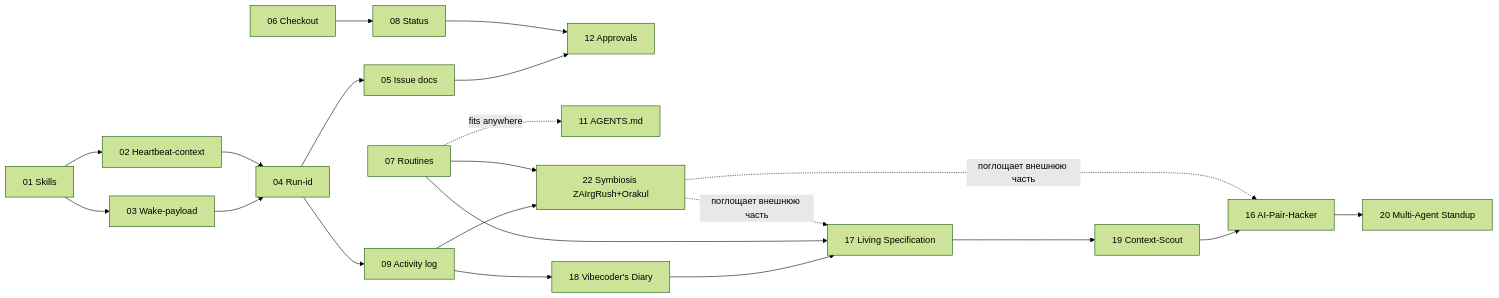
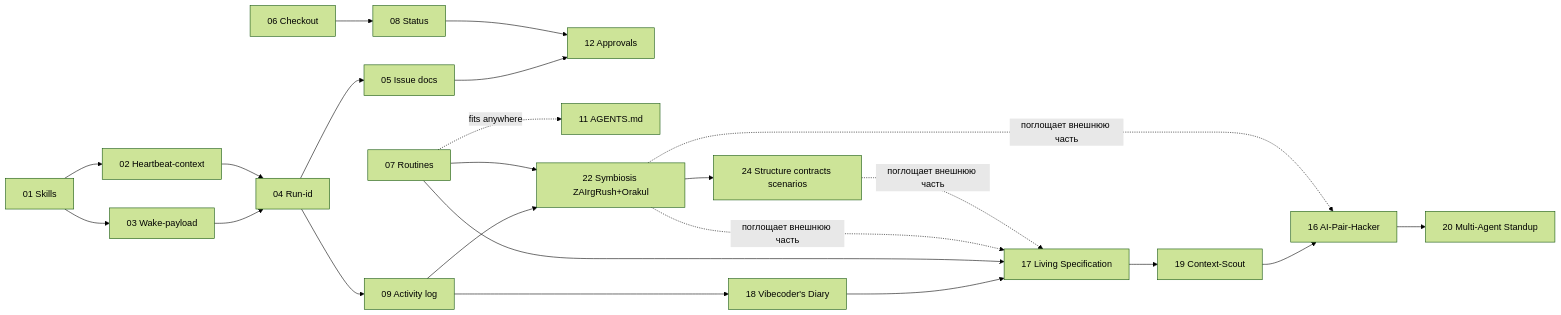
The diagram in proposals/README.md (Orange-hanter/cod-doc), drawn with Mermaid (forest theme) before and after one commit. The commit also changed other lines of this file and 2 other files, not shown here.

````diff
--- a/proposals/README.md
+++ b/proposals/README.md
@@ -98,27 +98,29 @@
 ```mermaid
 graph LR
     A[01 Skills] --> B[03 Wake-payload]
     A --> C[02 Heartbeat-context]
     B --> D[04 Run-id]
     C --> D
     D --> E[09 Activity log]
     D --> F[05 Issue docs]
     F --> G[12 Approvals]
     H[08 Status] --> G
     I[06 Checkout] --> H
     J[07 Routines] -.fits anywhere.-> K[11 AGENTS.md]
     
     %% Hackathon-track
     E --> L[18 Vibecoder's Diary]
     L --> M[17 Living Specification]
     J --> M
     M --> N[19 Context-Scout]
     N --> O[16 AI-Pair-Hacker]
     O --> P[20 Multi-Agent Standup]
 
     %% Symbiosis-track
     E --> Q[22 Symbiosis ZAIrgRush+Orakul]
     J --> Q
     Q -.поглощает внешнюю часть.-> O
     Q -.поглощает внешнюю часть.-> M
+    Q --> R[24 Structure contracts scenarios]
+    R -.поглощает внешнюю часть.-> M
 ```
````
